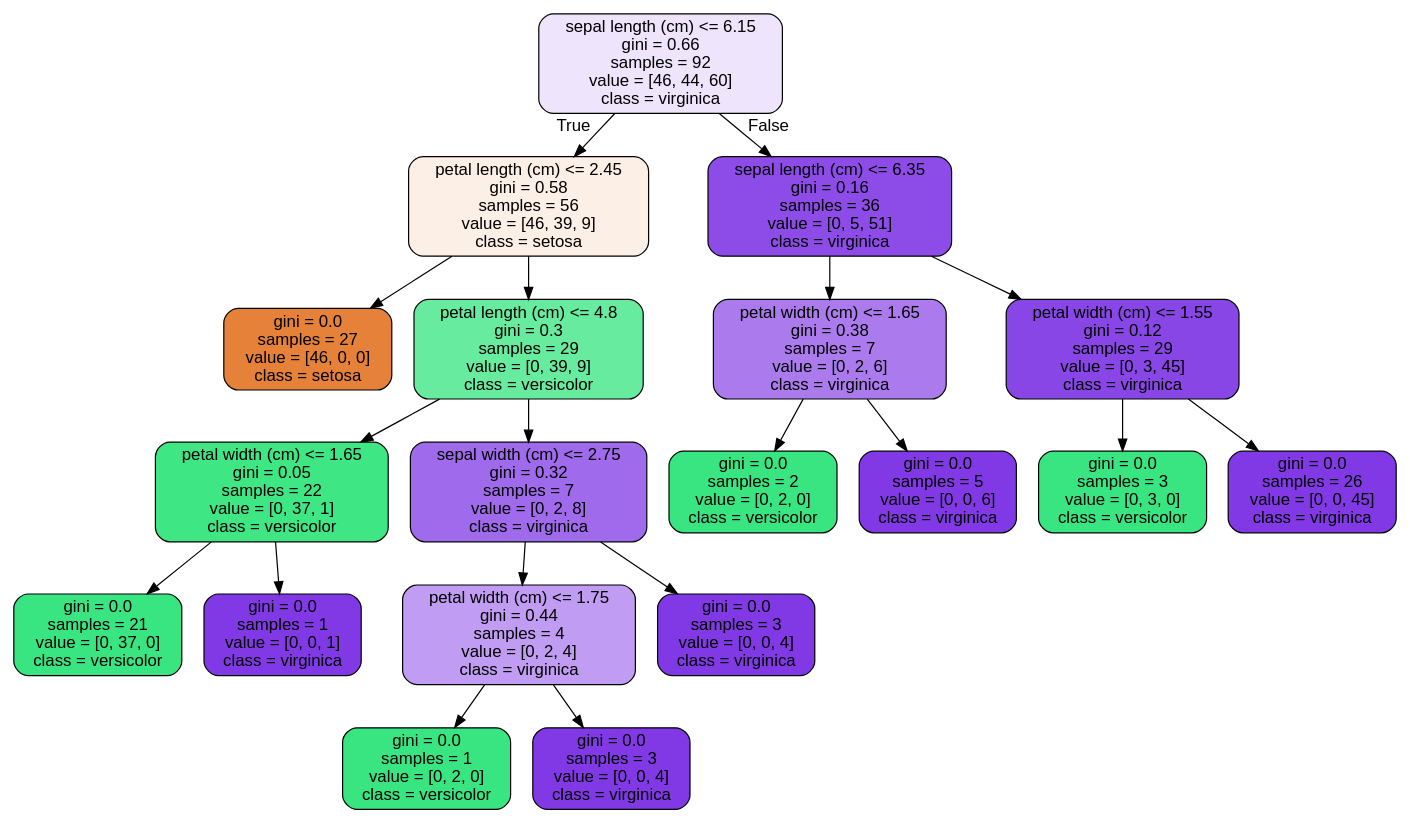
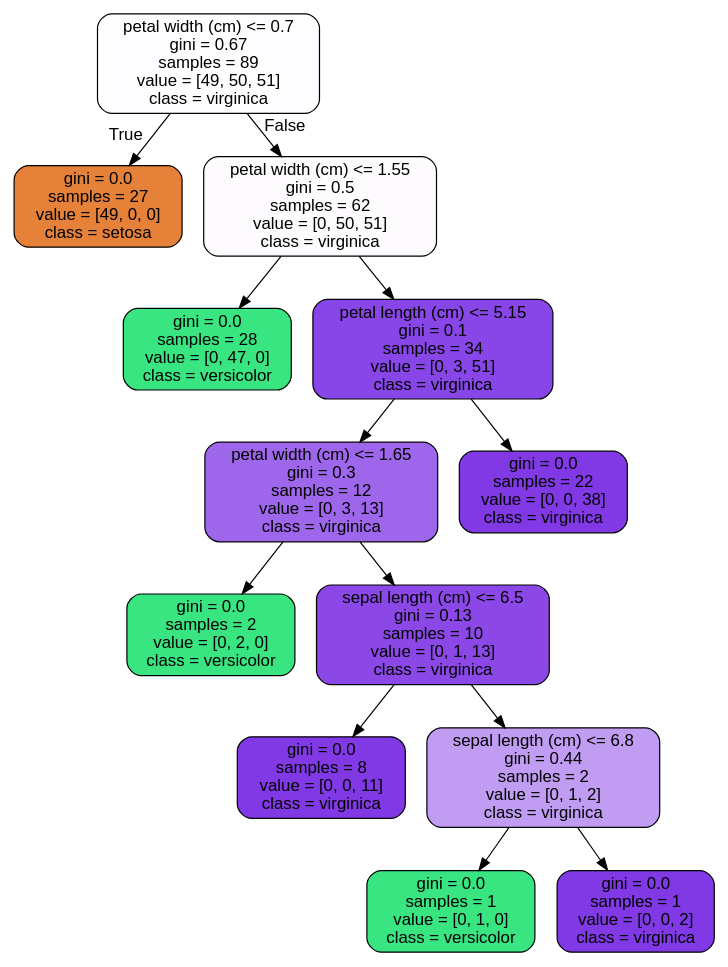
The diagram in Challenge-Unit 14/Challenge-Unit 14.4 Random Forest/tree.dot (jroback/Springboard-Data-Science-2021), drawn with Graphviz before and after one commit. The commit also changed 3 other files, not shown here.

```diff
--- a/Challenge-Unit 14/Challenge-Unit 14.4 Random Forest/tree.dot
+++ b/Challenge-Unit 14/Challenge-Unit 14.4 Random Forest/tree.dot
@@ -1,41 +1,29 @@
 digraph Tree {
 node [shape=box, style="filled, rounded", color="black", fontname=helvetica] ;
 edge [fontname=helvetica] ;
-0 [label="sepal length (cm) <= 6.15\ngini = 0.66\nsamples = 92\nvalue = [46, 44, 60]\nclass = virginica", fillcolor="#eee4fc"] ;
-1 [label="petal length (cm) <= 2.45\ngini = 0.58\nsamples = 56\nvalue = [46, 39, 9]\nclass = setosa", fillcolor="#fcefe6"] ;
+0 [label="petal width (cm) <= 0.7\ngini = 0.67\nsamples = 89\nvalue = [49, 50, 51]\nclass = virginica", fillcolor="#fefdff"] ;
+1 [label="gini = 0.0\nsamples = 27\nvalue = [49, 0, 0]\nclass = setosa", fillcolor="#e58139"] ;
 0 -> 1 [labeldistance=2.5, labelangle=45, headlabel="True"] ;
-2 [label="gini = 0.0\nsamples = 27\nvalue = [46, 0, 0]\nclass = setosa", fillcolor="#e58139"] ;
-1 -> 2 ;
-3 [label="petal length (cm) <= 4.8\ngini = 0.3\nsamples = 29\nvalue = [0, 39, 9]\nclass = versicolor", fillcolor="#67eb9e"] ;
-1 -> 3 ;
-4 [label="petal width (cm) <= 1.65\ngini = 0.05\nsamples = 22\nvalue = [0, 37, 1]\nclass = versicolor", fillcolor="#3ee684"] ;
-3 -> 4 ;
-5 [label="gini = 0.0\nsamples = 21\nvalue = [0, 37, 0]\nclass = versicolor", fillcolor="#39e581"] ;
+2 [label="petal width (cm) <= 1.55\ngini = 0.5\nsamples = 62\nvalue = [0, 50, 51]\nclass = virginica", fillcolor="#fdfbfe"] ;
+0 -> 2 [labeldistance=2.5, labelangle=-45, headlabel="False"] ;
+3 [label="gini = 0.0\nsamples = 28\nvalue = [0, 47, 0]\nclass = versicolor", fillcolor="#39e581"] ;
+2 -> 3 ;
+4 [label="petal length (cm) <= 5.15\ngini = 0.1\nsamples = 34\nvalue = [0, 3, 51]\nclass = virginica", fillcolor="#8845e7"] ;
+2 -> 4 ;
+5 [label="petal width (cm) <= 1.65\ngini = 0.3\nsamples = 12\nvalue = [0, 3, 13]\nclass = virginica", fillcolor="#9e67eb"] ;
 4 -> 5 ;
-6 [label="gini = 0.0\nsamples = 1\nvalue = [0, 0, 1]\nclass = virginica", fillcolor="#8139e5"] ;
-4 -> 6 ;
-7 [label="sepal width (cm) <= 2.75\ngini = 0.32\nsamples = 7\nvalue = [0, 2, 8]\nclass = virginica", fillcolor="#a06aec"] ;
-3 -> 7 ;
-8 [label="petal width (cm) <= 1.75\ngini = 0.44\nsamples = 4\nvalue = [0, 2, 4]\nclass = virginica", fillcolor="#c09cf2"] ;
+6 [label="gini = 0.0\nsamples = 2\nvalue = [0, 2, 0]\nclass = versicolor", fillcolor="#39e581"] ;
+5 -> 6 ;
+7 [label="sepal length (cm) <= 6.5\ngini = 0.13\nsamples = 10\nvalue = [0, 1, 13]\nclass = virginica", fillcolor="#8b48e7"] ;
+5 -> 7 ;
+8 [label="gini = 0.0\nsamples = 8\nvalue = [0, 0, 11]\nclass = virginica", fillcolor="#8139e5"] ;
 7 -> 8 ;
-9 [label="gini = 0.0\nsamples = 1\nvalue = [0, 2, 0]\nclass = versicolor", fillcolor="#39e581"] ;
-8 -> 9 ;
-10 [label="gini = 0.0\nsamples = 3\nvalue = [0, 0, 4]\nclass = virginica", fillcolor="#8139e5"] ;
-8 -> 10 ;
-11 [label="gini = 0.0\nsamples = 3\nvalue = [0, 0, 4]\nclass = virginica", fillcolor="#8139e5"] ;
-7 -> 11 ;
-12 [label="sepal length (cm) <= 6.35\ngini = 0.16\nsamples = 36\nvalue = [0, 5, 51]\nclass = virginica", fillcolor="#8d4ce8"] ;
-0 -> 12 [labeldistance=2.5, labelangle=-45, headlabel="False"] ;
-13 [label="petal width (cm) <= 1.65\ngini = 0.38\nsamples = 7\nvalue = [0, 2, 6]\nclass = virginica", fillcolor="#ab7bee"] ;
-12 -> 13 ;
-14 [label="gini = 0.0\nsamples = 2\nvalue = [0, 2, 0]\nclass = versicolor", fillcolor="#39e581"] ;
-13 -> 14 ;
-15 [label="gini = 0.0\nsamples = 5\nvalue = [0, 0, 6]\nclass = virginica", fillcolor="#8139e5"] ;
-13 -> 15 ;
-16 [label="petal width (cm) <= 1.55\ngini = 0.12\nsamples = 29\nvalue = [0, 3, 45]\nclass = virginica", fillcolor="#8946e7"] ;
-12 -> 16 ;
-17 [label="gini = 0.0\nsamples = 3\nvalue = [0, 3, 0]\nclass = versicolor", fillcolor="#39e581"] ;
-16 -> 17 ;
-18 [label="gini = 0.0\nsamples = 26\nvalue = [0, 0, 45]\nclass = virginica", fillcolor="#8139e5"] ;
-16 -> 18 ;
+9 [label="sepal length (cm) <= 6.8\ngini = 0.44\nsamples = 2\nvalue = [0, 1, 2]\nclass = virginica", fillcolor="#c09cf2"] ;
+7 -> 9 ;
+10 [label="gini = 0.0\nsamples = 1\nvalue = [0, 1, 0]\nclass = versicolor", fillcolor="#39e581"] ;
+9 -> 10 ;
+11 [label="gini = 0.0\nsamples = 1\nvalue = [0, 0, 2]\nclass = virginica", fillcolor="#8139e5"] ;
+9 -> 11 ;
+12 [label="gini = 0.0\nsamples = 22\nvalue = [0, 0, 38]\nclass = virginica", fillcolor="#8139e5"] ;
+4 -> 12 ;
 }
```
